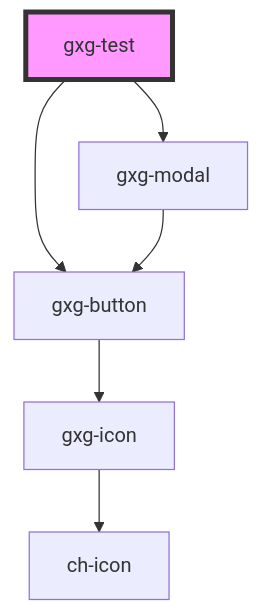
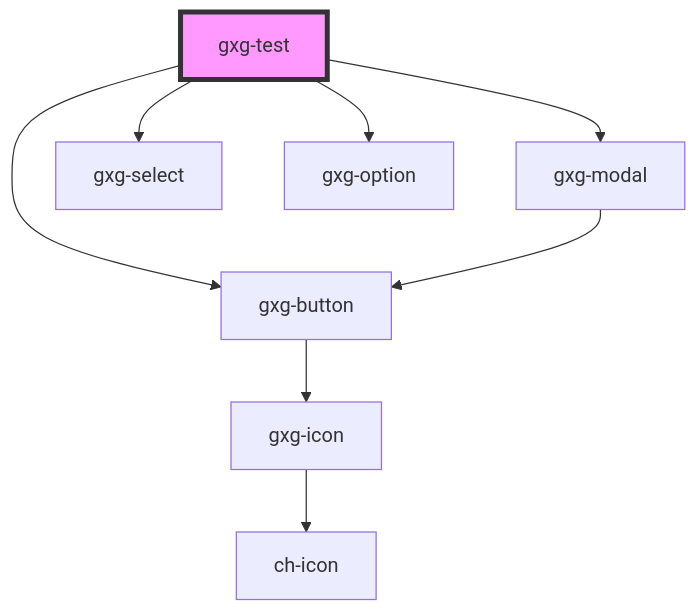
Before and after one commit to genexuslabs/gemini: the diagram in src/components/test/readme.md, drawn with Mermaid. The commit also changed other lines of this file and 7 other files, not shown here.

````diff
--- a/src/components/test/readme.md
+++ b/src/components/test/readme.md
@@ -21,9 +23,11 @@
 ```mermaid
 graph TD;
   gxg-test --> gxg-modal
   gxg-test --> gxg-button
+  gxg-test --> gxg-select
+  gxg-test --> gxg-option
   gxg-modal --> gxg-button
   gxg-button --> gxg-icon
   gxg-icon --> ch-icon
   style gxg-test fill:#f9f,stroke:#333,stroke-width:4px
 ```
````
